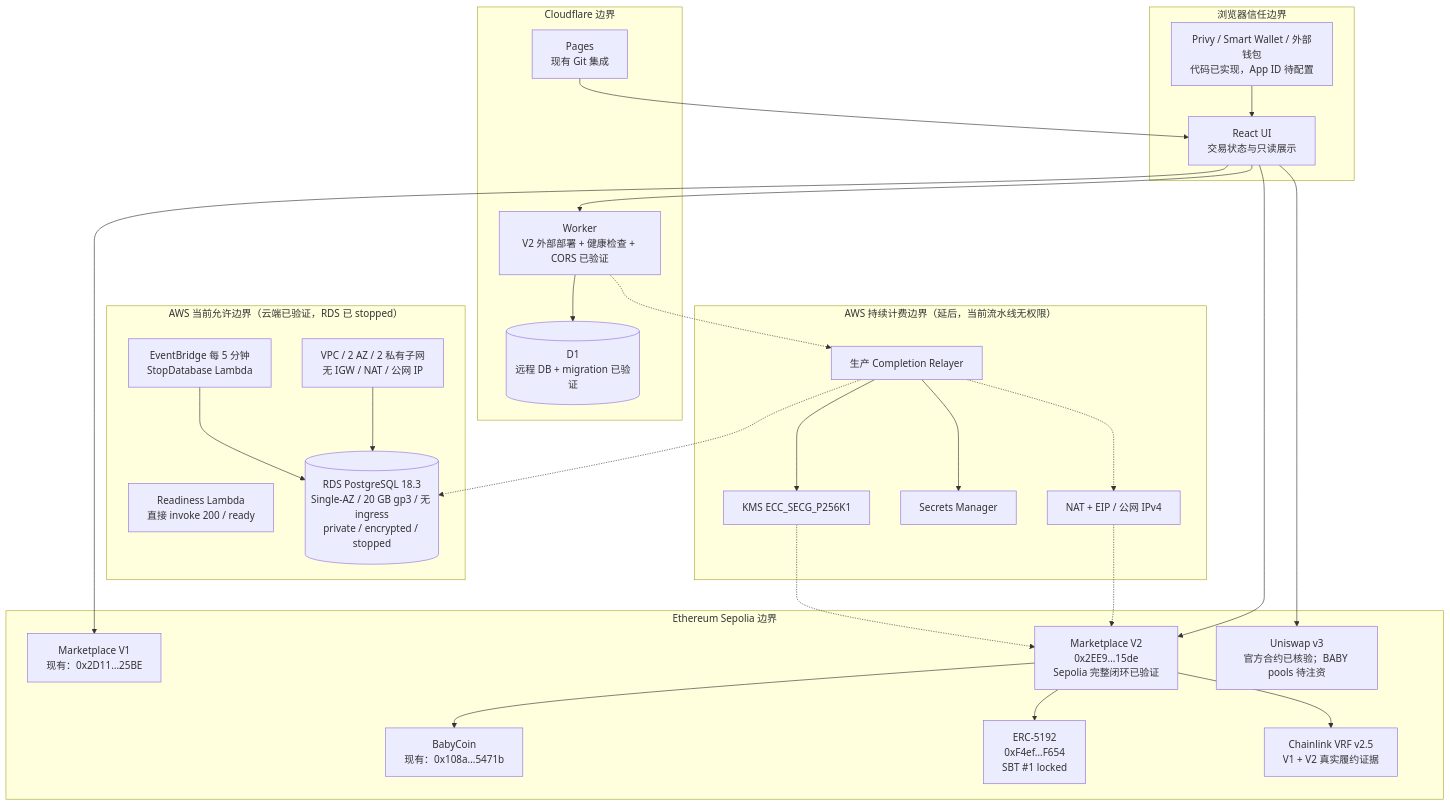
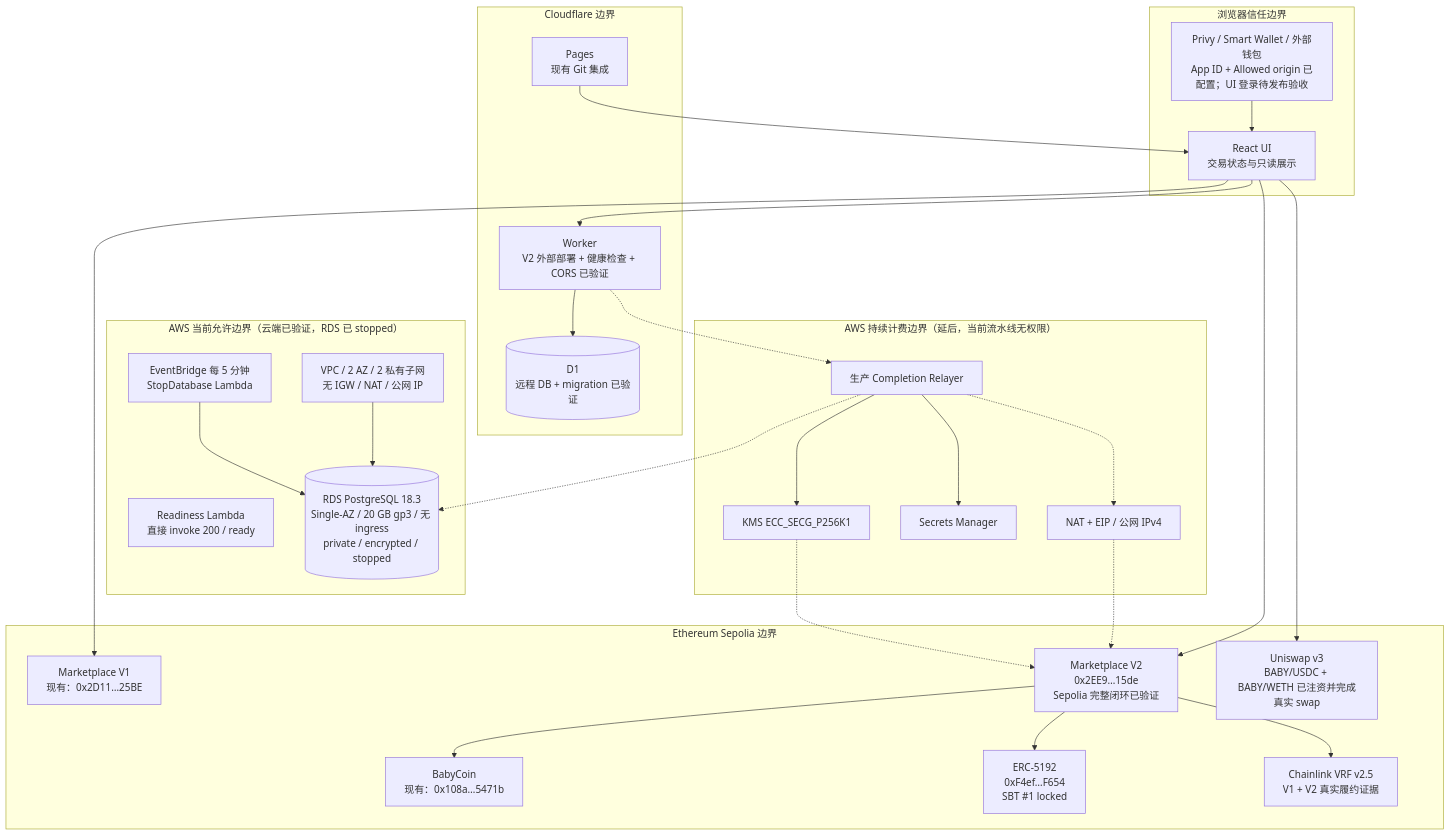
Before and after one commit to Tiancheng-Xu/babysteps: the fourth of 8 diagrams in docs/architecture/starbuddy-web3-architecture.mmd, drawn with Mermaid. The commit also changed other lines of this file and 26 other files, not shown here.

````diff
--- a/docs/architecture/starbuddy-web3-architecture.mmd
+++ b/docs/architecture/starbuddy-web3-architecture.mmd
@@ -89,50 +89,50 @@
 ```mermaid
 flowchart TB
     subgraph browser["浏览器信任边界"]
         ui["React UI<br/>交易状态与只读展示"]
-        wallet["Privy / Smart Wallet / 外部钱包<br/>代码已实现，App ID 待配置"]
+        wallet["Privy / Smart Wallet / 外部钱包<br/>App ID + Allowed origin 已配置；UI 登录待发布验收"]
     end
     subgraph cloudflare["Cloudflare 边界"]
         pages["Pages<br/>现有 Git 集成"]
         worker2["Worker<br/>V2 外部部署 + 健康检查 + CORS 已验证"]
         d12[("D1<br/>远程 DB + migration 已验证")]
     end
     subgraph ethereum["Ethereum Sepolia 边界"]
         baby["BabyCoin<br/>现有：0x108a…5471b"]
         oldMarket["Marketplace V1<br/>现有：0x2D11…25BE"]
         newMarket["Marketplace V2<br/>0x2EE9…15de<br/>Sepolia 完整闭环已验证"]
         cert["ERC-5192<br/>0xF4ef…F654<br/>SBT #1 locked"]
-        uni["Uniswap v3<br/>官方合约已核验；BABY pools 待注资"]
+        uni["Uniswap v3<br/>BABY/USDC + BABY/WETH 已注资并完成真实 swap"]
         chainlink["Chainlink VRF v2.5<br/>V1 + V2 真实履约证据"]
     end
     subgraph aws["AWS 当前允许边界（云端已验证，RDS 已 stopped）"]
         probe["Readiness Lambda<br/>直接 invoke 200 / ready"]
         subnets["VPC / 2 AZ / 2 私有子网<br/>无 IGW / NAT / 公网 IP"]
         stop["EventBridge 每 5 分钟<br/>StopDatabase Lambda"]
         db[("RDS PostgreSQL 18.3<br/>Single-AZ / 20 GB gp3 / 无 ingress<br/>private / encrypted / stopped")]
     end
     subgraph deferred["AWS 持续计费边界（延后，当前流水线无权限）"]
         relayer["生产 Completion Relayer"]
         nat["NAT + EIP / 公网 IPv4"]
         secrets["Secrets Manager"]
         key["KMS ECC_SECG_P256K1"]
     end
 
     pages --> ui
     wallet --> ui
     ui --> worker2 --> d12
     ui --> oldMarket
     ui --> newMarket
     ui --> uni
     newMarket --> baby
     newMarket --> cert
     newMarket --> chainlink
     worker2 -.-> relayer
     subnets --> db
     stop --> db
     relayer -.-> db
     relayer --> secrets
     relayer --> key
     relayer -.-> nat -.-> newMarket
     key -.-> newMarket
 ```
````
